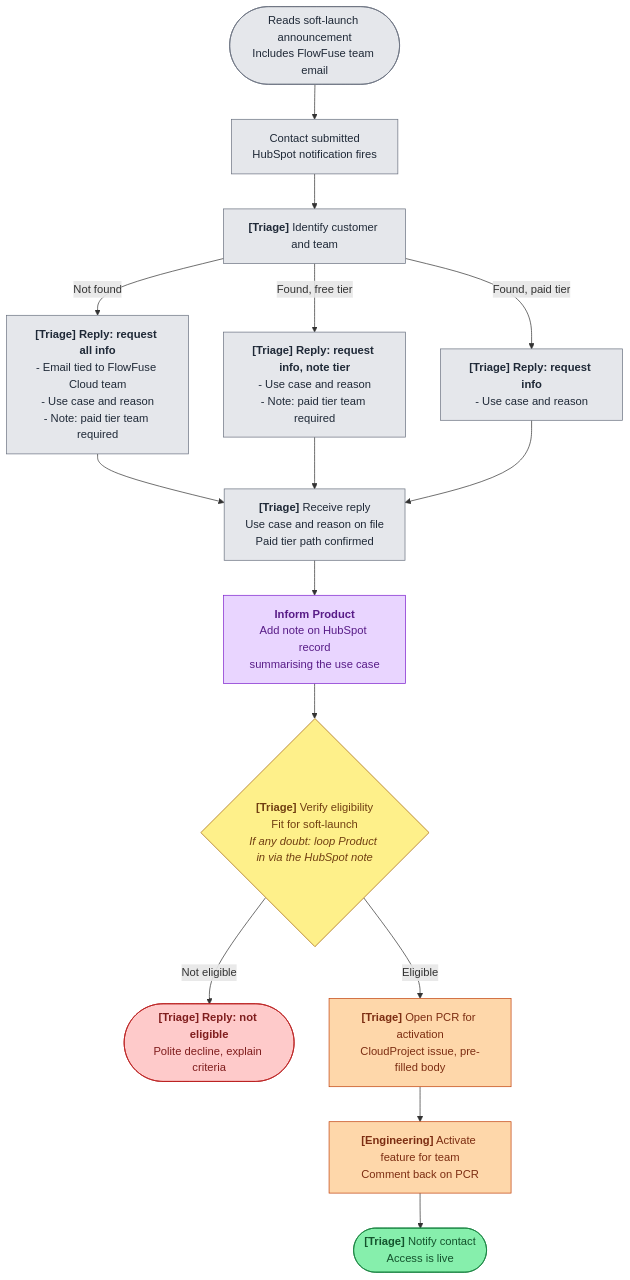
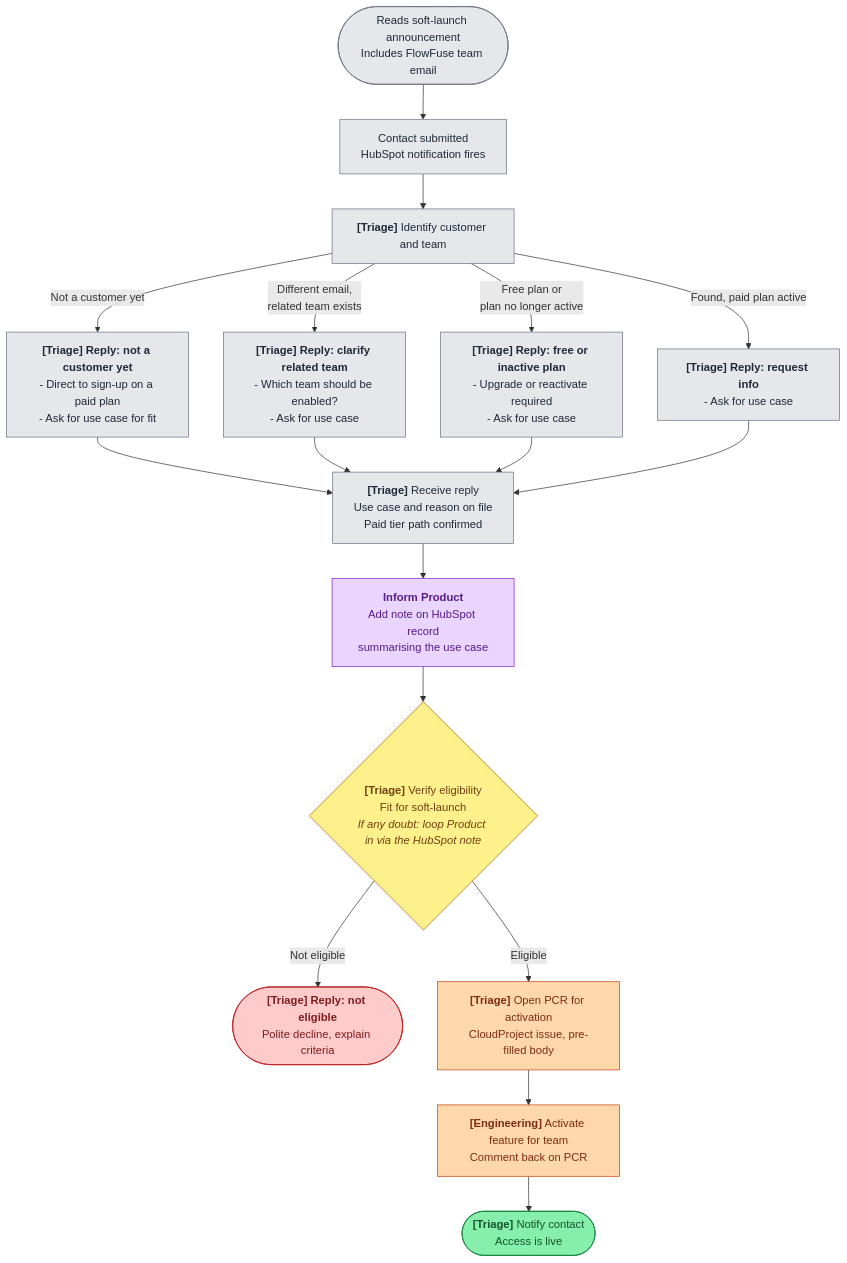
One commit to FlowFuse/website changed the diagram in src/handbook/engineering/ops/expert-agentic-application-building-access.md. Above: the diagram before and after it, drawn with Mermaid. The commit also changed other lines of this file, not shown here.

First line of the commit message:
handbook: extend Identify with not-a-customer, related-team, expired-plan cases

````diff
--- a/src/handbook/engineering/ops/expert-agentic-application-building-access.md
+++ b/src/handbook/engineering/ops/expert-agentic-application-building-access.md
@@ -22,45 +22,48 @@
 ```mermaid
 flowchart TD
     Start(["Reads soft-launch announcement<br />Includes FlowFuse team email"])
     Contact["Contact submitted<br />HubSpot notification fires"]
     Identify["<b>[Triage]</b> Identify customer and team"]
 
-    AskUnknown["<b>[Triage] Reply: request all info</b><br />- Email tied to FlowFuse Cloud team<br />- Use case and reason<br />- Note: paid tier team required"]
-    AskFree["<b>[Triage] Reply: request info, note tier</b><br />- Use case and reason<br />- Note: paid tier team required"]
-    AskPaid["<b>[Triage] Reply: request info</b><br />- Use case and reason"]
+    AskSignup["<b>[Triage] Reply: not a customer yet</b><br />- Direct to sign-up on a paid plan<br />- Ask for use case for fit"]
+    AskRelated["<b>[Triage] Reply: clarify related team</b><br />- Which team should be enabled?<br />- Ask for use case"]
+    AskFreeOrExpired["<b>[Triage] Reply: free or inactive plan</b><br />- Upgrade or reactivate required<br />- Ask for use case"]
+    AskPaid["<b>[Triage] Reply: request info</b><br />- Ask for use case"]
 
     Receive["<b>[Triage]</b> Receive reply<br />Use case and reason on file<br />Paid tier path confirmed"]
     InformProduct["<b>Inform Product</b><br />Add note on HubSpot record<br />summarising the use case"]
 
     Eligibility{"<b>[Triage]</b> Verify eligibility<br />Fit for soft-launch<br /><i>If any doubt: loop Product in via the HubSpot note</i>"}
     Decline(["<b>[Triage] Reply: not eligible</b><br />Polite decline, explain criteria"])
     PCR["<b>[Triage]</b> Open PCR for activation<br />CloudProject issue, pre-filled body"]
     Activate["<b>[Engineering]</b> Activate feature for team<br />Comment back on PCR"]
     Notify(["<b>[Triage]</b> Notify contact<br />Access is live"])
 
     Start --> Contact --> Identify
-    Identify -- "Not found" --> AskUnknown
-    Identify -- "Found, free tier" --> AskFree
-    Identify -- "Found, paid tier" --> AskPaid
-    AskUnknown --> Receive
-    AskFree --> Receive
+    Identify -- "Not a customer yet" --> AskSignup
+    Identify -- "Different email,<br />related team exists" --> AskRelated
+    Identify -- "Free plan or<br />plan no longer active" --> AskFreeOrExpired
+    Identify -- "Found, paid plan active" --> AskPaid
+    AskSignup --> Receive
+    AskRelated --> Receive
+    AskFreeOrExpired --> Receive
     AskPaid --> Receive
     Receive --> InformProduct --> Eligibility
     Eligibility -- "Not eligible" --> Decline
     Eligibility -- "Eligible" --> PCR
     PCR --> Activate
     Activate --> Notify
 
     classDef default fill:#e5e7eb,stroke:#6b7280,color:#1f2937
     classDef product fill:#e9d5ff,stroke:#7e22ce,color:#581c87
     classDef decision fill:#fef08a,stroke:#a16207,color:#713f12
     classDef decline fill:#fecaca,stroke:#b91c1c,color:#7f1d1d
     classDef engineering fill:#fed7aa,stroke:#c2410c,color:#7c2d12
     classDef success fill:#86efac,stroke:#15803d,color:#14532d
 
     class InformProduct product
     class Eligibility decision
     class Decline decline
     class PCR,Activate engineering
     class Notify success
 ```
````
